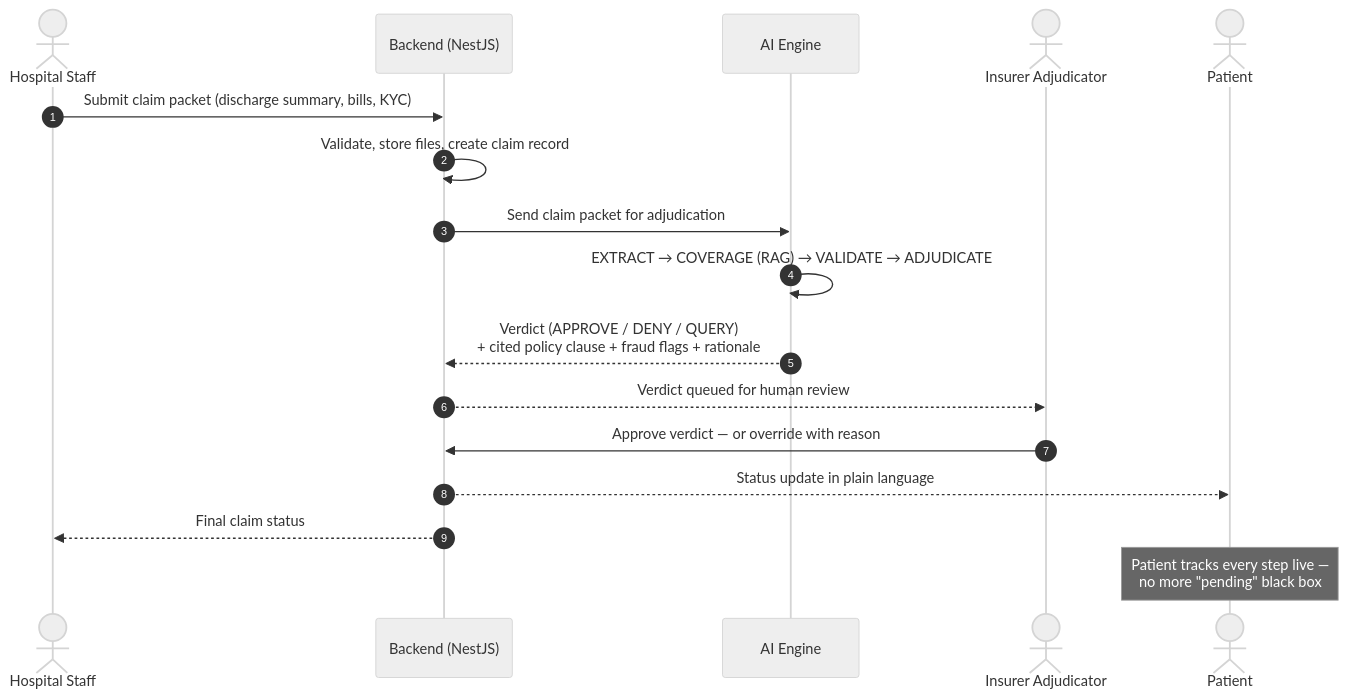
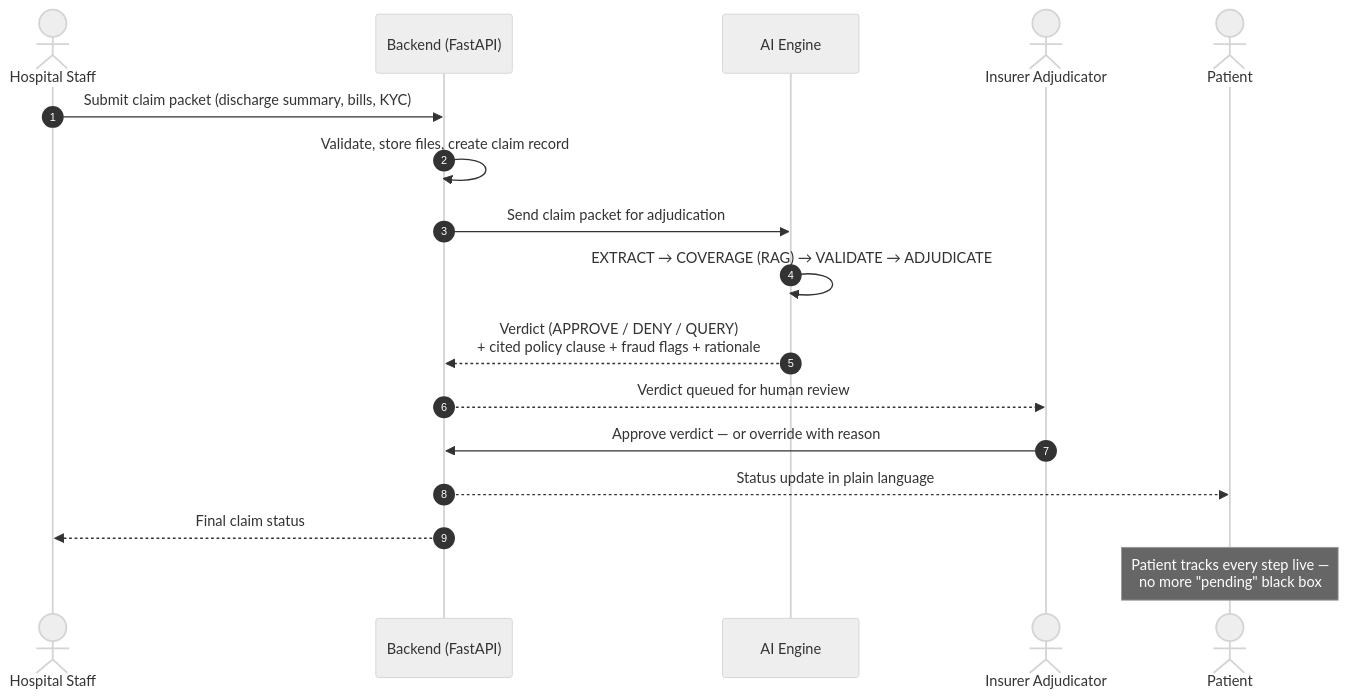
The second of 5 diagrams in README.md (simplysandeepp/Noloop), drawn with Mermaid (neutral theme) before and after one commit. The commit also changed other lines of this file and 83 other files, not shown here.

Commit message:
chore: retire NestJS backend — backend-py becomes backend/

````diff
--- a/README.md
+++ b/README.md
@@ -60,20 +60,20 @@
 ```mermaid
 sequenceDiagram
     autonumber
     actor HS as Hospital Staff
-    participant BE as Backend (NestJS)
+    participant BE as Backend (FastAPI)
     participant AI as AI Engine
     actor IN as Insurer Adjudicator
     actor PT as Patient
 
     HS->>BE: Submit claim packet (discharge summary, bills, KYC)
     BE->>BE: Validate, store files, create claim record
     BE->>AI: Send claim packet for adjudication
     AI->>AI: EXTRACT → COVERAGE (RAG) → VALIDATE → ADJUDICATE
     AI-->>BE: Verdict (APPROVE / DENY / QUERY)<br/>+ cited policy clause + fraud flags + rationale
     BE-->>IN: Verdict queued for human review
     IN->>BE: Approve verdict — or override with reason
     BE-->>PT: Status update in plain language
     BE-->>HS: Final claim status
     Note over PT: Patient tracks every step live —<br/>no more "pending" black box
 ```
````
